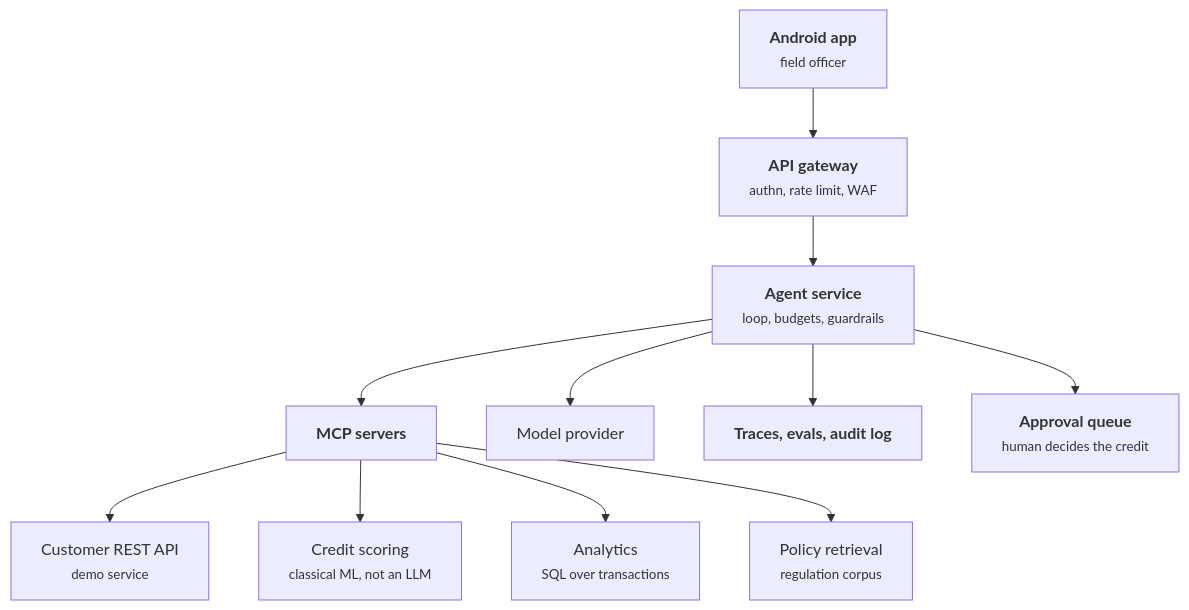
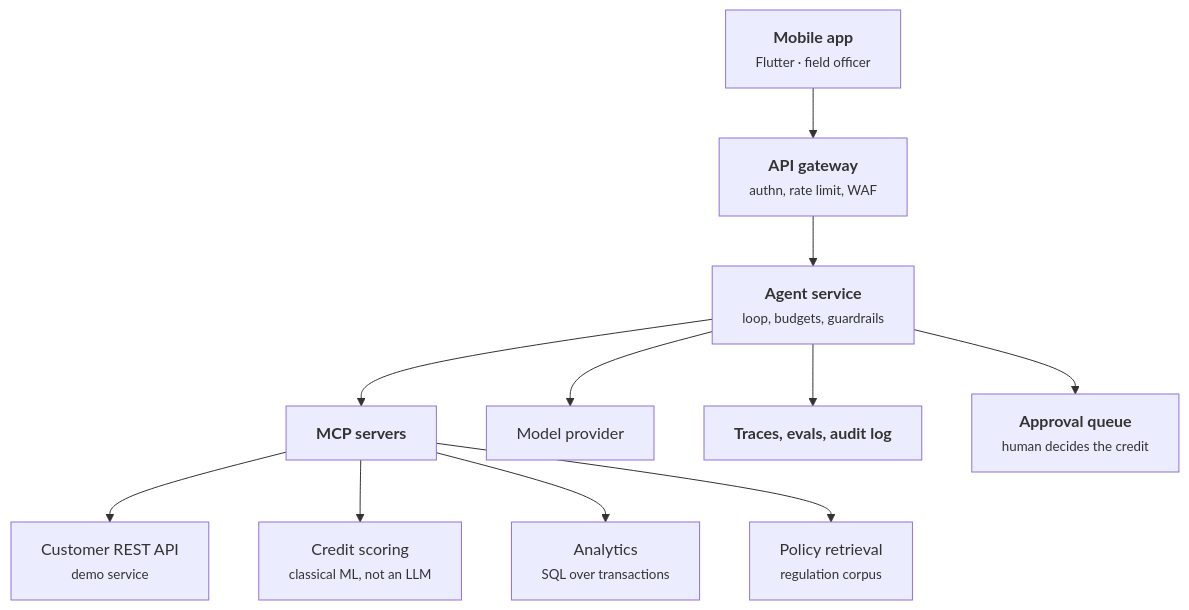
One commit to situkangsayur/dnd-ai-products-services-pro-course-slides changed the diagram in figs/hendri-sysdesign.mmd. Above: the diagram before and after it, drawn with Mermaid. The commit also changed 5 other files, not shown here.

Commit message:
Dek agentic: klien lapangan sekarang Flutter, bukan Android saja

```diff
--- a/figs/hendri-sysdesign.mmd
+++ b/figs/hendri-sysdesign.mmd
@@ -1,22 +1,22 @@
 
 flowchart TB
-  APP["<b>Android app</b><br/><small>field officer</small>"]
+  APP["<b>Mobile app</b><br/><small>Flutter · field officer</small>"]
   GW["<b>API gateway</b><br/><small>authn, rate limit, WAF</small>"]
   ORCH["<b>Agent service</b><br/><small>loop, budgets, guardrails</small>"]
   MCP["<b>MCP servers</b>"]
   T1["Customer REST API<br/><small>demo service</small>"]
   T2["Credit scoring<br/><small>classical ML, not an LLM</small>"]
   T3["Analytics<br/><small>SQL over transactions</small>"]
   T4["Policy retrieval<br/><small>regulation corpus</small>"]
   LLM["Model provider"]
   OBS["<b>Traces, evals, audit log</b>"]
   HUM["<b>Approval queue</b><br/><small>human decides the credit</small>"]
   APP --> GW --> ORCH
   ORCH --> LLM
   ORCH --> MCP
   MCP --> T1
   MCP --> T2
   MCP --> T3
   MCP --> T4
   ORCH --> OBS
   ORCH --> HUM
```
